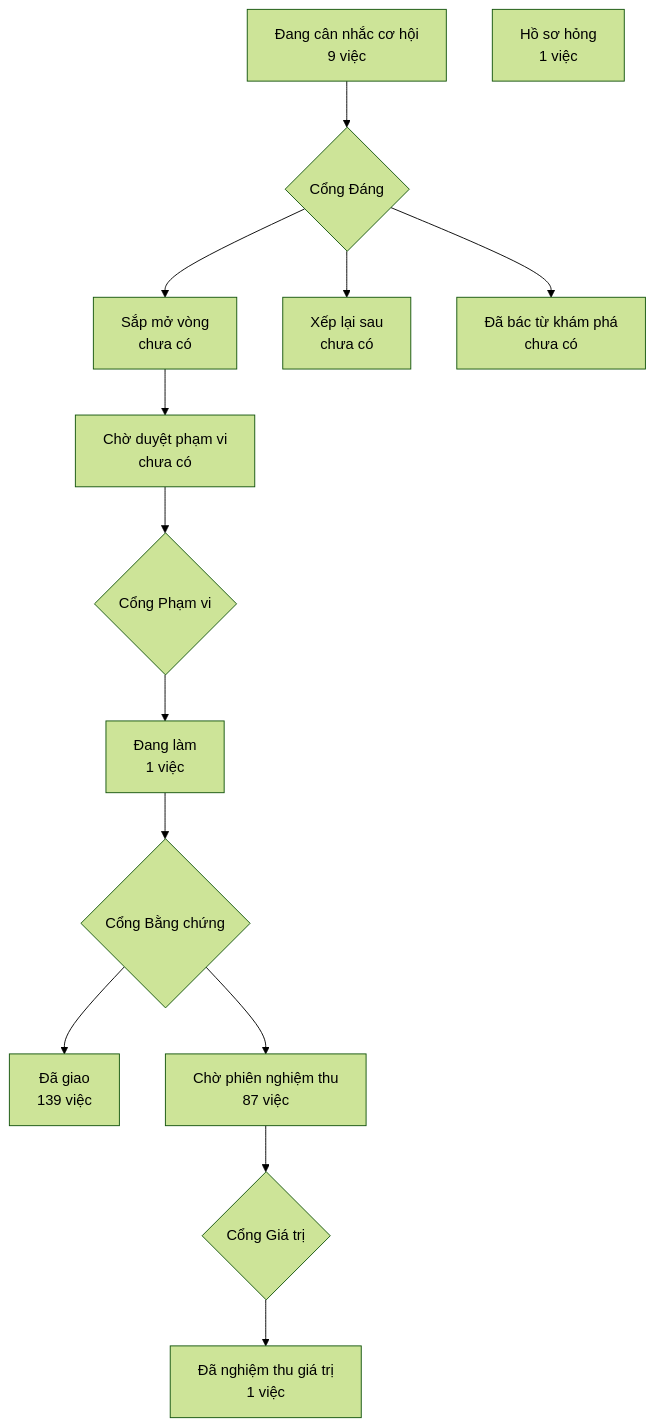
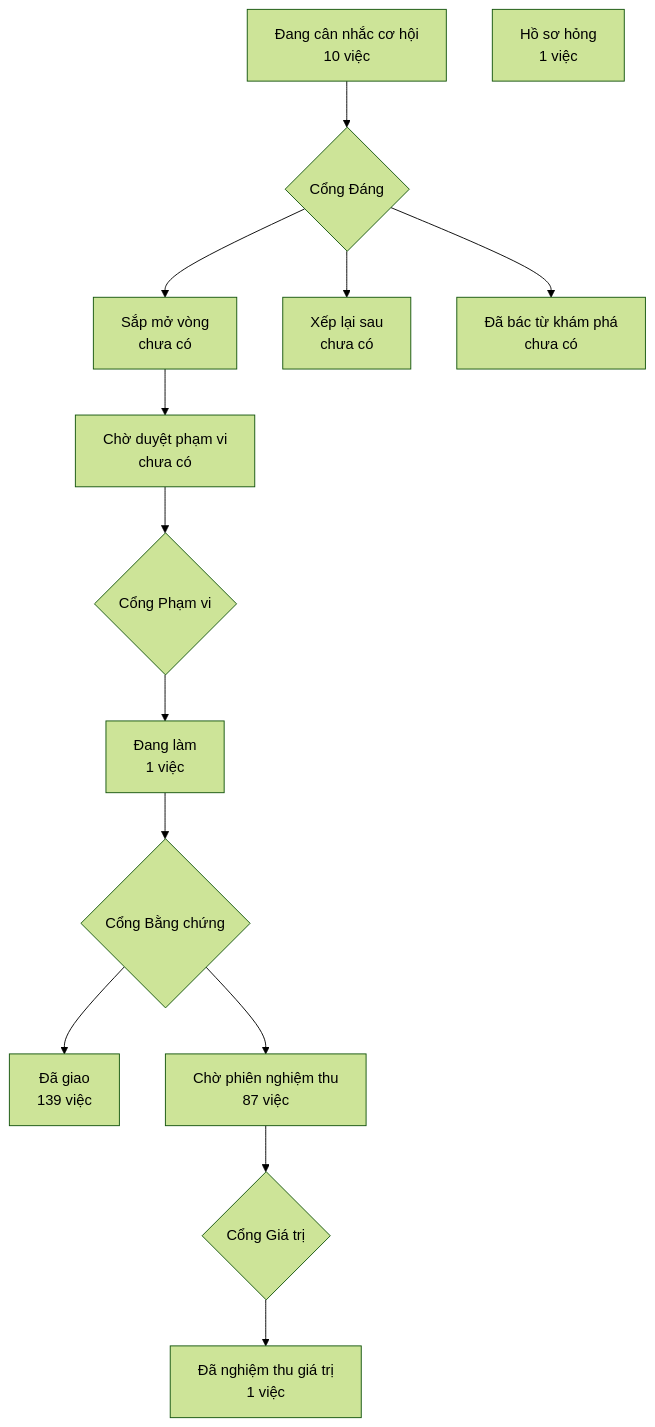
The diagram in PRODUCT-MAP.md (phanlemanh/crm-onehub), drawn with Mermaid (forest theme) before and after one commit. The commit also changed other lines of this file and 2 other files, not shown here.

Commit message:
docs(acceptance): ô cơ hội ngan-ho-so-trong-lo-trinh từ hàng LT1b, chờ Cổng Đáng
Gốc là hồ sơ LT1 (trang-lo-trinh-trong-crm): mục Out of scope của LT1 ghi
«hiện hồ sơ nghiệm thu của việc» là không làm. Giả định đo trên bản vẽ của
kit nhánh chính 7f65e5a0 trên bản sao crm 27d47de04: 81 việc có dải tóm
tắt; ô production và ô chưa làm sai trên dữ liệu thật (chip sang kit).

````diff
--- a/PRODUCT-MAP.md
+++ b/PRODUCT-MAP.md
@@ -7,13 +7,13 @@
 ```mermaid
 flowchart TD
-  A["Đang cân nhắc cơ hội<br/>9 việc"] --> GD{"Cổng Đáng"}
+  A["Đang cân nhắc cơ hội<br/>10 việc"] --> GD{"Cổng Đáng"}
   GD --> B["Sắp mở vòng<br/>chưa có"]
   GD --> XL["Xếp lại sau<br/>chưa có"]
   GD --> DB["Đã bác từ khám phá<br/>chưa có"]
   B --> CD["Chờ duyệt phạm vi<br/>chưa có"] --> GP{"Cổng Phạm vi"}
   GP --> DL["Đang làm<br/>1 việc"] --> GB{"Cổng Bằng chứng"}
   GB --> DG["Đã giao<br/>139 việc"]
   GB --> CN["Chờ phiên nghiệm thu<br/>87 việc"] --> GG{"Cổng Giá trị"}
   GG --> NT["Đã nghiệm thu giá trị<br/>1 việc"]
   HS["Hồ sơ hỏng<br/>1 việc"]
 ```
````
